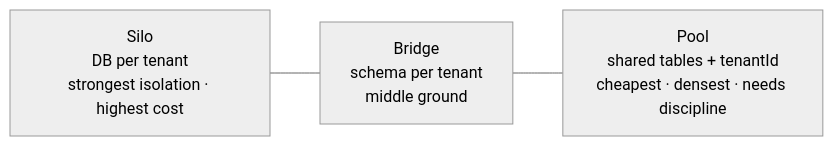
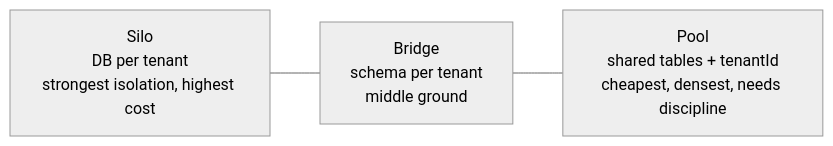
The third of 7 diagrams in docs/DESIGN.md (deepansh2908/access-management-system), drawn with Mermaid (neutral theme) before and after one commit. The commit also changed other lines of this file and 1 other file, not shown here.

First line of the commit message:
docs: simplify Mermaid diagrams so GitHub renders them

````diff
--- a/docs/DESIGN.md
+++ b/docs/DESIGN.md
@@ -250,7 +255,7 @@
 ```mermaid
 flowchart LR
-  silo["Silo<br/>DB per tenant<br/>strongest isolation · highest cost"]
+  silo["Silo<br/>DB per tenant<br/>strongest isolation, highest cost"]
   bridge["Bridge<br/>schema per tenant<br/>middle ground"]
-  pool["Pool<br/>shared tables + tenantId<br/>cheapest · densest · needs discipline"]
+  pool["Pool<br/>shared tables + tenantId<br/>cheapest, densest, needs discipline"]
   silo --- bridge --- pool
 ```
````
